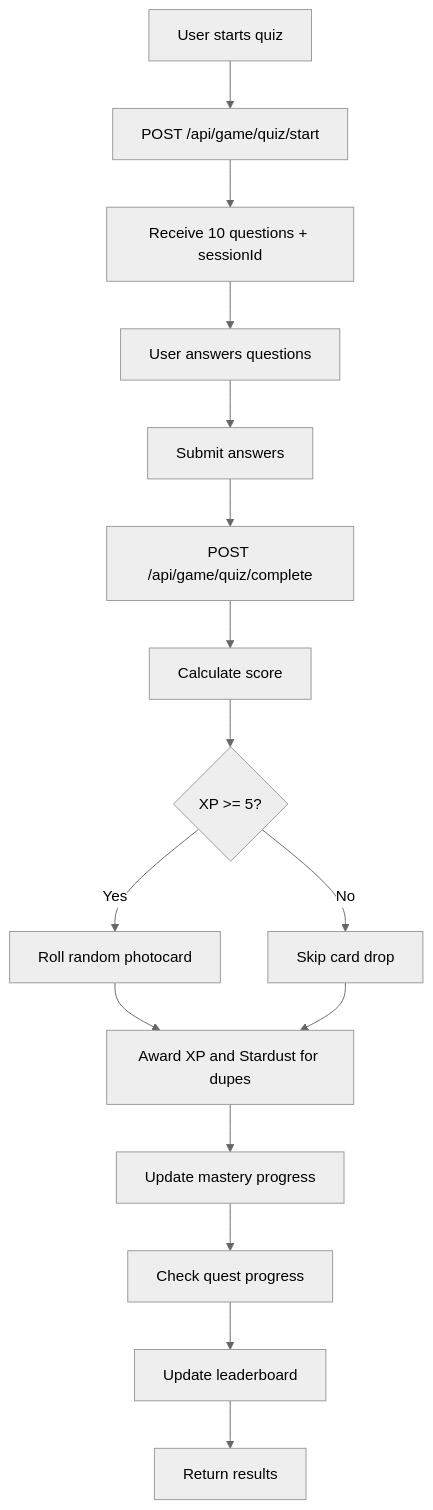
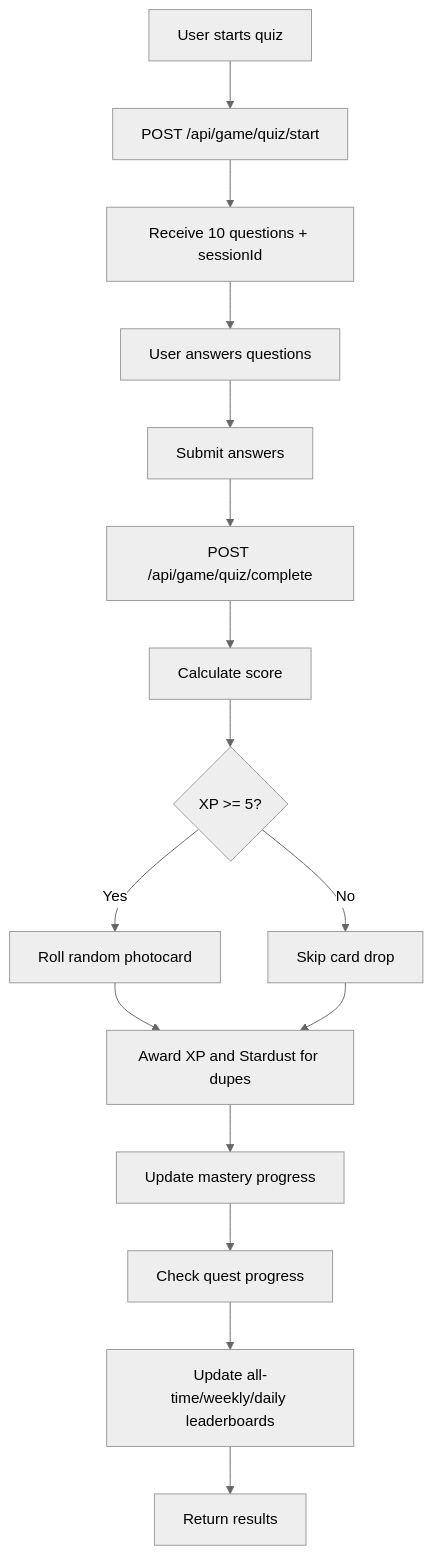
The first of 3 diagrams in docs/features/game-system.md (NoobSambit/ARMYVERSE2), drawn with Mermaid (neutral theme) before and after one commit. The commit also changed other lines of this file and 73 other files, not shown here.

````diff
--- a/docs/features/game-system.md
+++ b/docs/features/game-system.md
@@ -116,18 +181,18 @@
 ```mermaid
 graph TD
     A[User starts quiz] --> B[POST /api/game/quiz/start]
     B --> C[Receive 10 questions + sessionId]
     C --> D[User answers questions]
     D --> E[Submit answers]
     E --> F[POST /api/game/quiz/complete]
     F --> G[Calculate score]
     G --> H{XP >= 5?}
     H -->|Yes| I[Roll random photocard]
     H -->|No| J[Skip card drop]
     I --> K[Award XP and Stardust for dupes]
     J --> K
     K --> L[Update mastery progress]
     L --> M[Check quest progress]
-    M --> N[Update leaderboard]
+    M --> N[Update all-time/weekly/daily leaderboards]
     N --> O[Return results]
 ```
````
